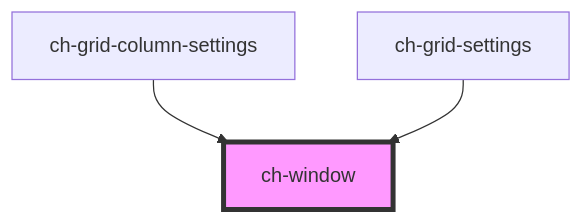
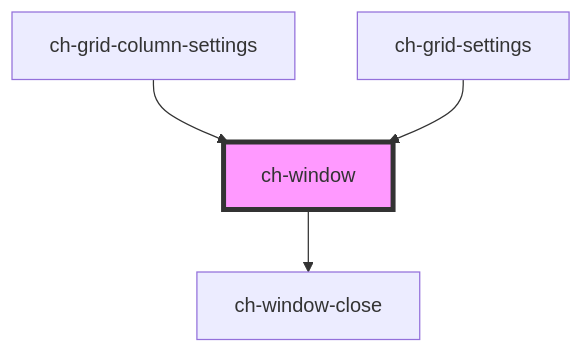
Before and after one commit to genexuslabs/chameleon-controls-library: the diagram in src/components/window/readme.md, drawn with Mermaid. The commit also changed other lines of this file and 2 other files, not shown here.

Commit message:
Improve ch-window

````diff
--- a/src/components/window/readme.md
+++ b/src/components/window/readme.md
@@ -46,6 +56,7 @@
 ```mermaid
 graph TD;
+  ch-window --> ch-window-close
   ch-grid-column-settings --> ch-window
   ch-grid-settings --> ch-window
   style ch-window fill:#f9f,stroke:#333,stroke-width:4px
 ```
````
